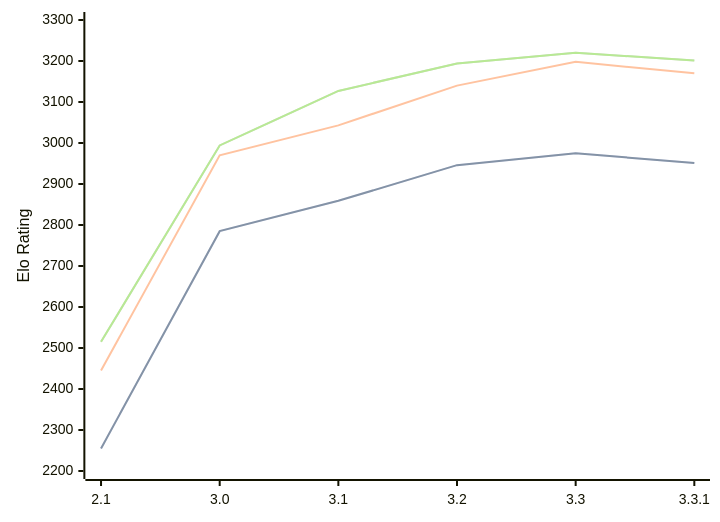
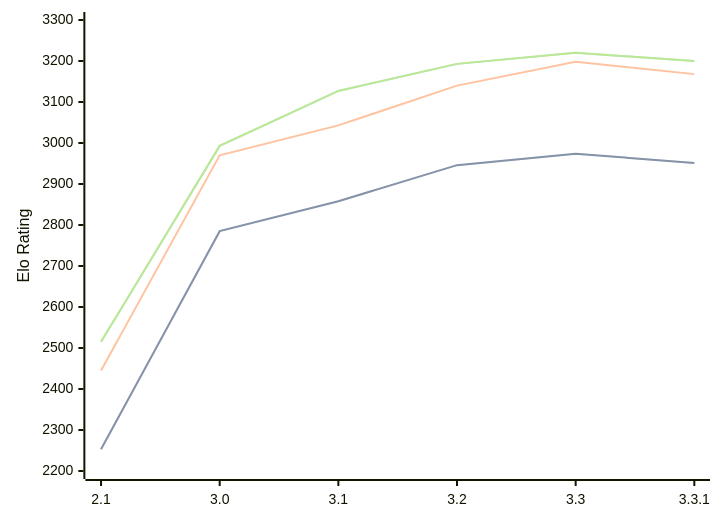
Before and after one commit to computer-chess-index/cci: the diagram in engines/Petrel.md, drawn with Mermaid. The commit also changed other lines of this file, not shown here.

Commit message:
Update CCI Ratings (ELO VLTC) - 2026-03-30

````diff
--- a/engines/Petrel.md
+++ b/engines/Petrel.md
@@ -45,11 +45,11 @@
 ```mermaid
 %%{init: {"theme":"base","themeVariables":{"seriesColors:['#a3a3a3','#222221','#faa371']}}}%%
 xychart-beta
   x-axis ["2.1", "3.0", "3.1", "3.2", "3.3", "3.3.1"]
   y-axis "Elo Rating" 2200 --> 3300
-  line "STC (8.0+0.08s)" [2255, 2785, 2859, 2946, 2975, 2951]
-  line "STC (8.0+0.08s)" [2255, 2785, 2859, 2946, 2975, 2951]
-  line "LTC (60.0+0.60s)" [2445, 2970, 3043, 3140, 3198, 3170]
-  line "VLTC (2m24s+1.12s)" [2515, 2994, 3127, 3194, 3220, 3201]
-  line "VLTC (2m24s+1.12s)" [2515, 2994, 3127, 3194, 3220, 3201]
+  line "STC (8.0+0.08s)" [2253, 2785, 2858, 2946, 2974, 2951]
+  line "STC (8.0+0.08s)" [2253, 2785, 2858, 2946, 2974, 2951]
+  line "LTC (60.0+0.60s)" [2445, 2970, 3043, 3140, 3198, 3168]
+  line "VLTC (2m24s+1.12s)" [2515, 2993, 3127, 3193, 3220, 3200]
+  line "VLTC (2m24s+1.12s)" [2515, 2993, 3127, 3193, 3220, 3200]
 ```
````
